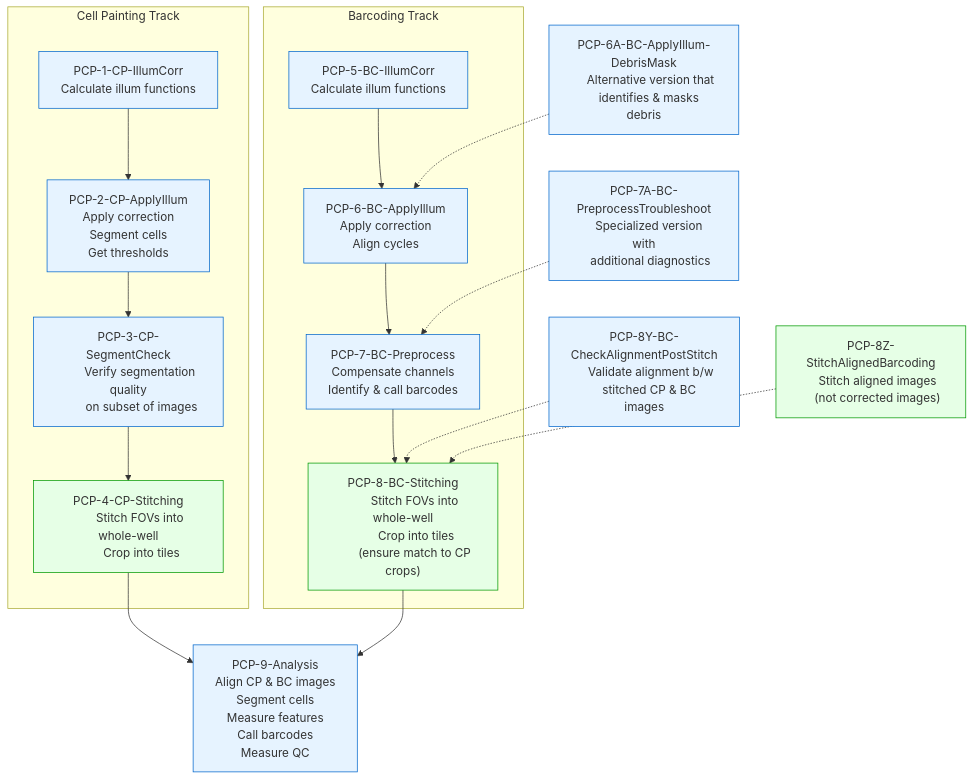
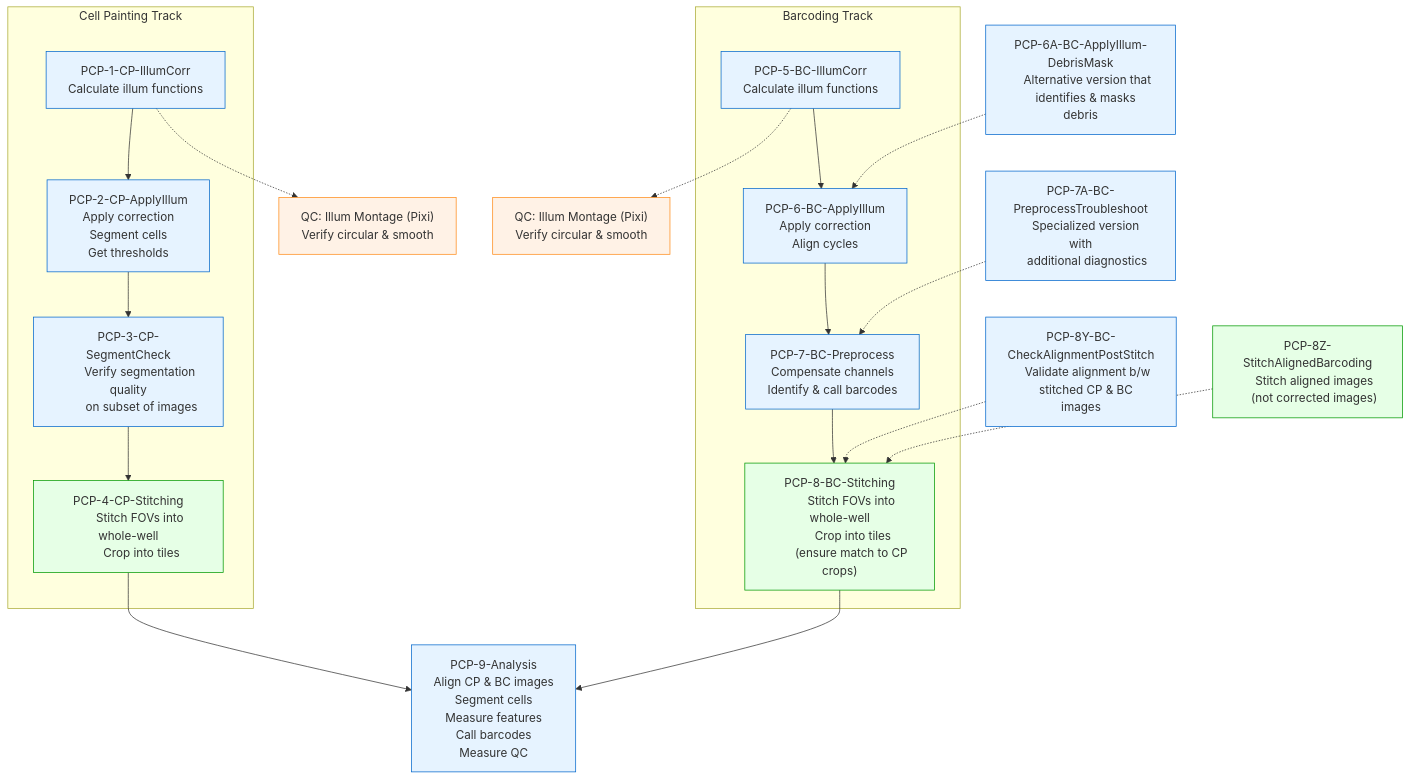
Before and after one commit to broadinstitute/nf-pooled-cellpainting-assets: the diagram in pcpip/README.md, drawn with Mermaid. The commit also changed other lines of this file and 5 other files, not shown here.

````diff
--- a/pcpip/README.md
+++ b/pcpip/README.md
@@ -35,63 +60,71 @@
 ```mermaid
 flowchart TD
     %% Main pipelines with detailed descriptions
     subgraph "Cell Painting Track"
         PCP1["PCP-1-CP-IllumCorr
         Calculate illum functions"] -->
         PCP2["PCP-2-CP-ApplyIllum
         Apply correction
         Segment cells
         Get thresholds"] -->
         PCP3["PCP-3-CP-SegmentCheck
         Verify segmentation quality
         on subset of images"]
         PCP3 --> PCP4["PCP-4-CP-Stitching
         Stitch FOVs into whole-well
         Crop into tiles"]
     end
 
     subgraph "Barcoding Track"
         PCP5["PCP-5-BC-IllumCorr
         Calculate illum functions"] -->
         PCP6["PCP-6-BC-ApplyIllum
         Apply correction
         Align cycles"] -->
         PCP7["PCP-7-BC-Preprocess
         Compensate channels
         Identify & call barcodes"] -->
         PCP8["PCP-8-BC-Stitching
         Stitch FOVs into whole-well
         Crop into tiles
         (ensure match to CP crops)"]
     end
 
     PCP4 & PCP8 --> PCP9["PCP-9-Analysis
         Align CP & BC images
         Segment cells
         Measure features
         Call barcodes
         Measure QC"]
 
     %% Troubleshooting/specialized pipelines
     PCP8Y["PCP-8Y-BC-CheckAlignmentPostStitch
     Validate alignment b/w
     stitched CP & BC images"] -.-> PCP8
     PCP8Z["PCP-8Z-StitchAlignedBarcoding
     Stitch aligned images
     (not corrected images)"] -.-> PCP8
 
     PCP7A["PCP-7A-BC-PreprocessTroubleshoot
     Specialized version with
     additional diagnostics"] -.-> PCP7
 
     PCP6A["PCP-6A-BC-ApplyIllum-DebrisMask
     Alternative version that
     identifies & masks debris"] -.-> PCP6
 
+    PCP1 -.-> QC1["QC: Illum Montage (Pixi)
+    Verify circular & smooth"]
+
+    PCP5 -.-> QC5["QC: Illum Montage (Pixi)
+    Verify circular & smooth"]
+
     %% Processing platforms
     classDef cellprofiler fill:#e6f3ff,stroke:#0066cc
     classDef fiji fill:#e6ffe6,stroke:#009900
+    classDef qc fill:#fff2e6,stroke:#ff8c1a
 
     class PCP1,PCP2,PCP3,PCP5,PCP6,PCP7,PCP7A,PCP8Y,PCP9,PCP6A cellprofiler
     class PCP4,PCP8,PCP8Z fiji
+    class QC1,QC5 qc
 ```
````
